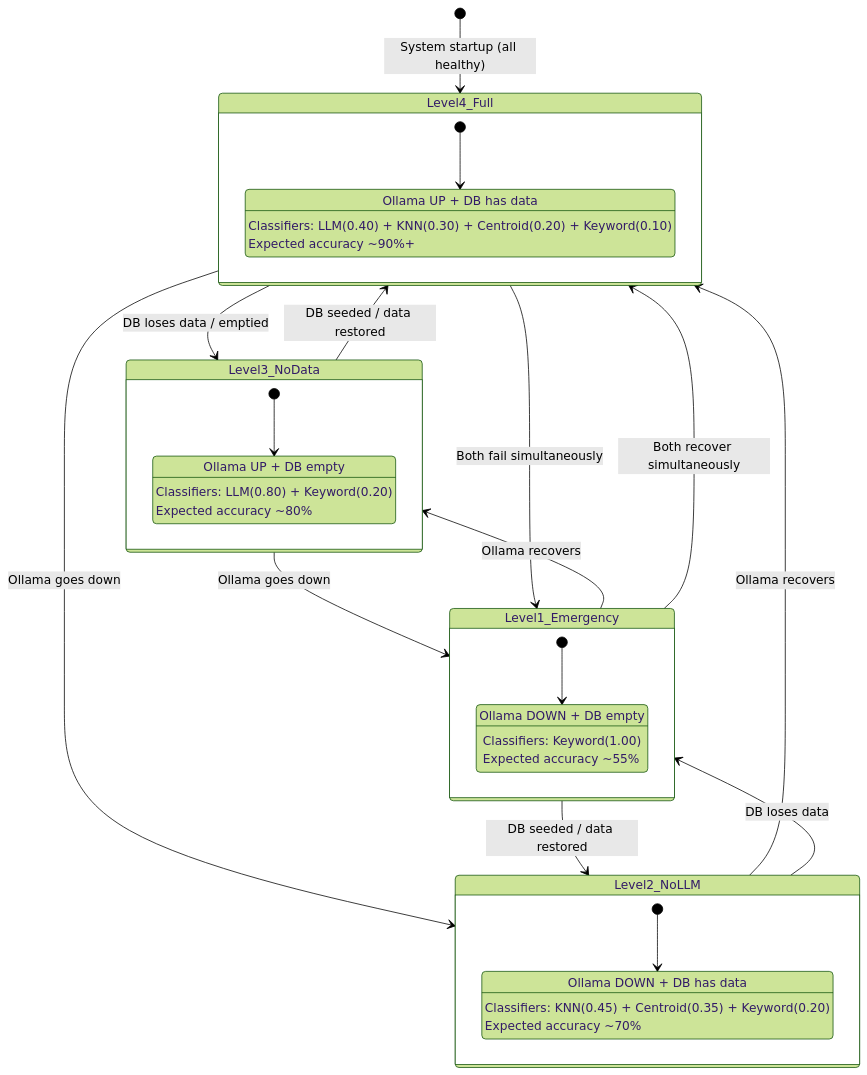
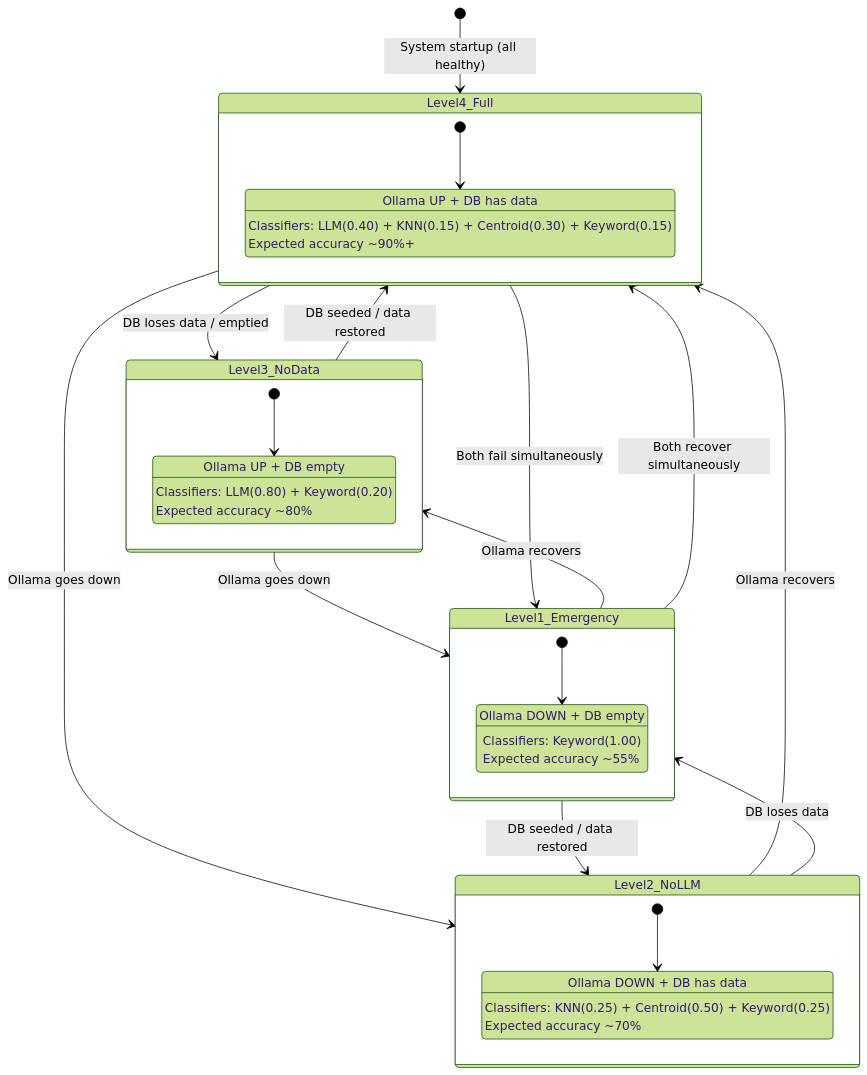
One commit to arif-asadullah/AI-Ticket-Routing changed the second of 3 diagrams in docs/nasscom-r2/07-state-transition-diagram.md. Above: the diagram before and after it, drawn with Mermaid (forest theme). The commit also changed other lines of this file and 5 other files, not shown here.

````diff
--- a/docs/nasscom-r2/07-state-transition-diagram.md
+++ b/docs/nasscom-r2/07-state-transition-diagram.md
@@ -112,47 +112,47 @@
 ```mermaid
 stateDiagram-v2
     [*] --> Level4_Full : System startup (all healthy)
 
     state Level4_Full {
         [*] --> AllUp
         AllUp : Ollama UP + DB has data
-        AllUp : Classifiers: LLM(0.40) + KNN(0.30) + Centroid(0.20) + Keyword(0.10)
+        AllUp : Classifiers: LLM(0.40) + KNN(0.15) + Centroid(0.30) + Keyword(0.15)
         AllUp : Expected accuracy ~90%+
     }
 
     state Level3_NoData {
         [*] --> OllamaOnly
         OllamaOnly : Ollama UP + DB empty
         OllamaOnly : Classifiers: LLM(0.80) + Keyword(0.20)
         OllamaOnly : Expected accuracy ~80%
     }
 
     state Level2_NoLLM {
         [*] --> DataOnly
         DataOnly : Ollama DOWN + DB has data
-        DataOnly : Classifiers: KNN(0.45) + Centroid(0.35) + Keyword(0.20)
+        DataOnly : Classifiers: KNN(0.25) + Centroid(0.50) + Keyword(0.25)
         DataOnly : Expected accuracy ~70%
     }
 
     state Level1_Emergency {
         [*] --> KeywordOnly
         KeywordOnly : Ollama DOWN + DB empty
         KeywordOnly : Classifiers: Keyword(1.00)
         KeywordOnly : Expected accuracy ~55%
     }
 
     Level4_Full --> Level3_NoData : DB loses data / emptied
     Level3_NoData --> Level4_Full : DB seeded / data restored
 
     Level4_Full --> Level2_NoLLM : Ollama goes down
     Level2_NoLLM --> Level4_Full : Ollama recovers
 
     Level3_NoData --> Level1_Emergency : Ollama goes down
     Level1_Emergency --> Level3_NoData : Ollama recovers
 
     Level2_NoLLM --> Level1_Emergency : DB loses data
     Level1_Emergency --> Level2_NoLLM : DB seeded / data restored
 
     Level4_Full --> Level1_Emergency : Both fail simultaneously
     Level1_Emergency --> Level4_Full : Both recover simultaneously
 ```
````
